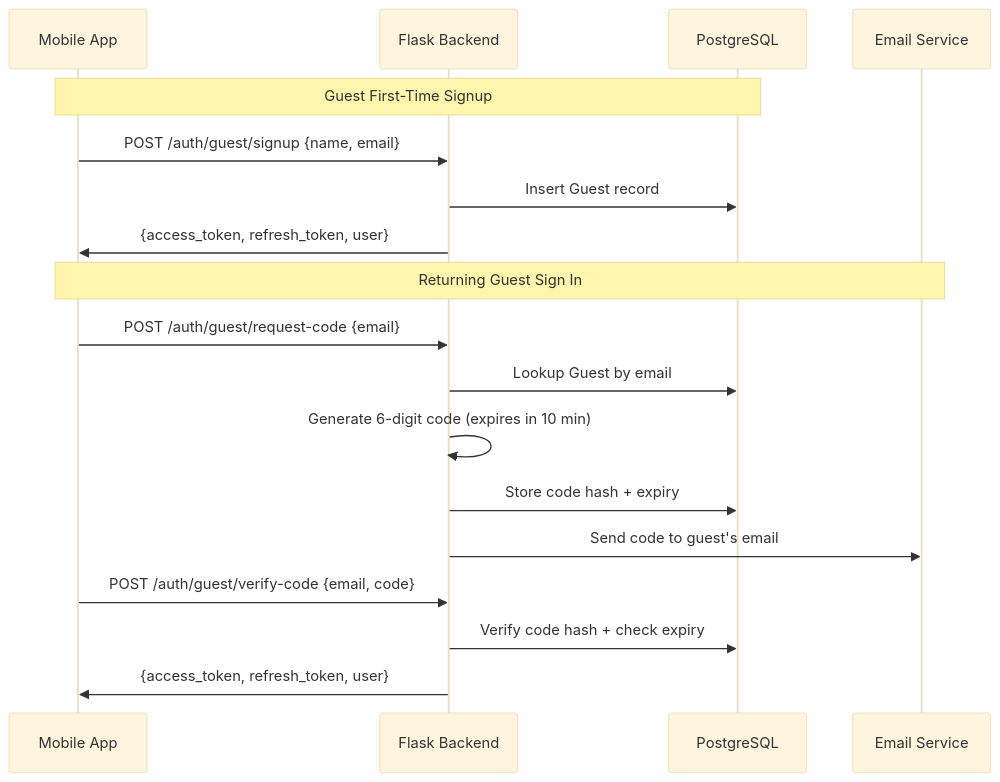
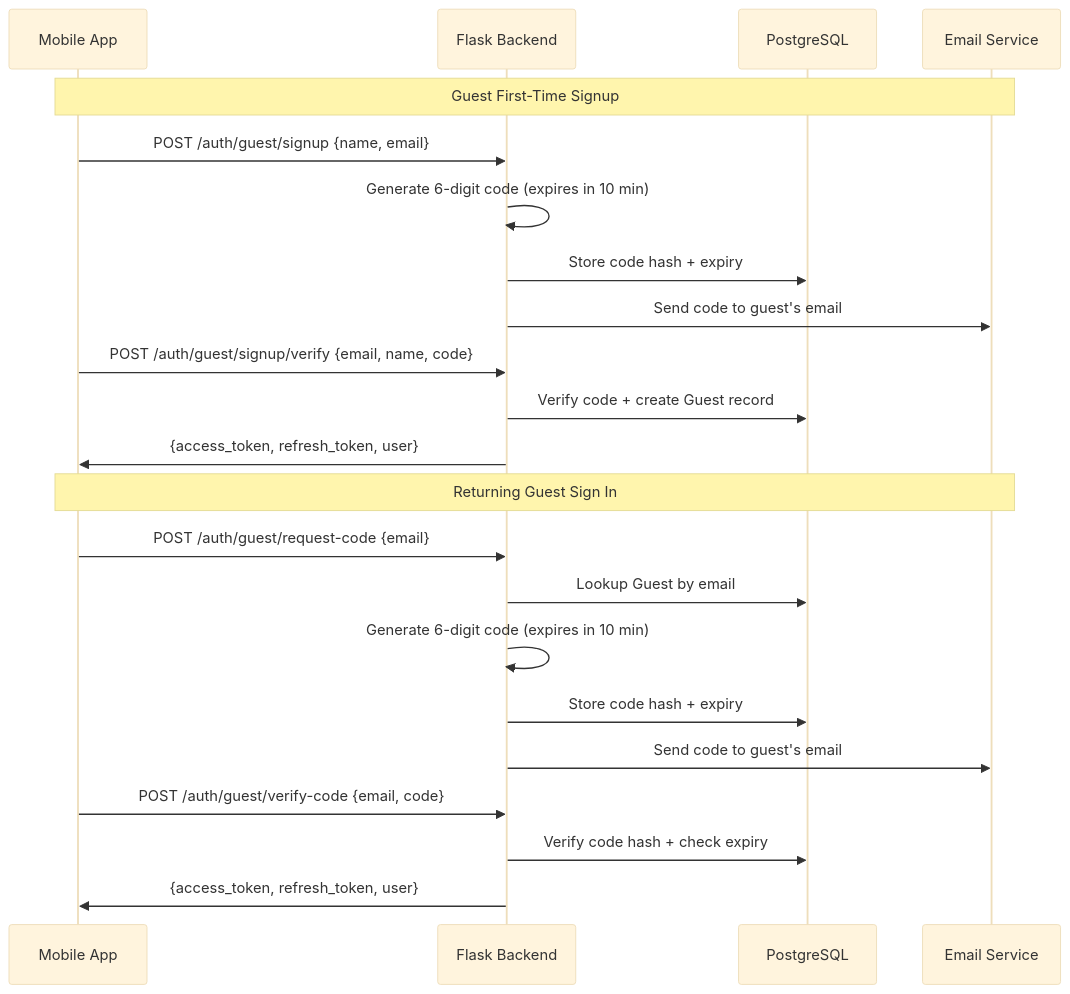
Before and after one commit to wariya-placehub/triptoe-docs: the fourth of 7 diagrams in 2_architecture.md, drawn with Mermaid (base theme). The commit also changed other lines of this file and 6 other files, not shown here.

````diff
--- a/2_architecture.md
+++ b/2_architecture.md
@@ -331,22 +375,26 @@
 ```mermaid
 sequenceDiagram
     participant App as Mobile App
     participant API as Flask Backend
     participant DB as PostgreSQL
     participant Email as Email Service
 
-    Note over App, DB: Guest First-Time Signup
+    Note over App, Email: Guest First-Time Signup
     App->>API: POST /auth/guest/signup {name, email}
-    API->>DB: Insert Guest record
+    API->>API: Generate 6-digit code (expires in 10 min)
+    API->>DB: Store code hash + expiry
+    API->>Email: Send code to guest's email
+    App->>API: POST /auth/guest/signup/verify {email, name, code}
+    API->>DB: Verify code + create Guest record
     API->>App: {access_token, refresh_token, user}
 
     Note over App, Email: Returning Guest Sign In
     App->>API: POST /auth/guest/request-code {email}
     API->>DB: Lookup Guest by email
     API->>API: Generate 6-digit code (expires in 10 min)
     API->>DB: Store code hash + expiry
     API->>Email: Send code to guest's email
     App->>API: POST /auth/guest/verify-code {email, code}
     API->>DB: Verify code hash + check expiry
     API->>App: {access_token, refresh_token, user}
 ```
````
